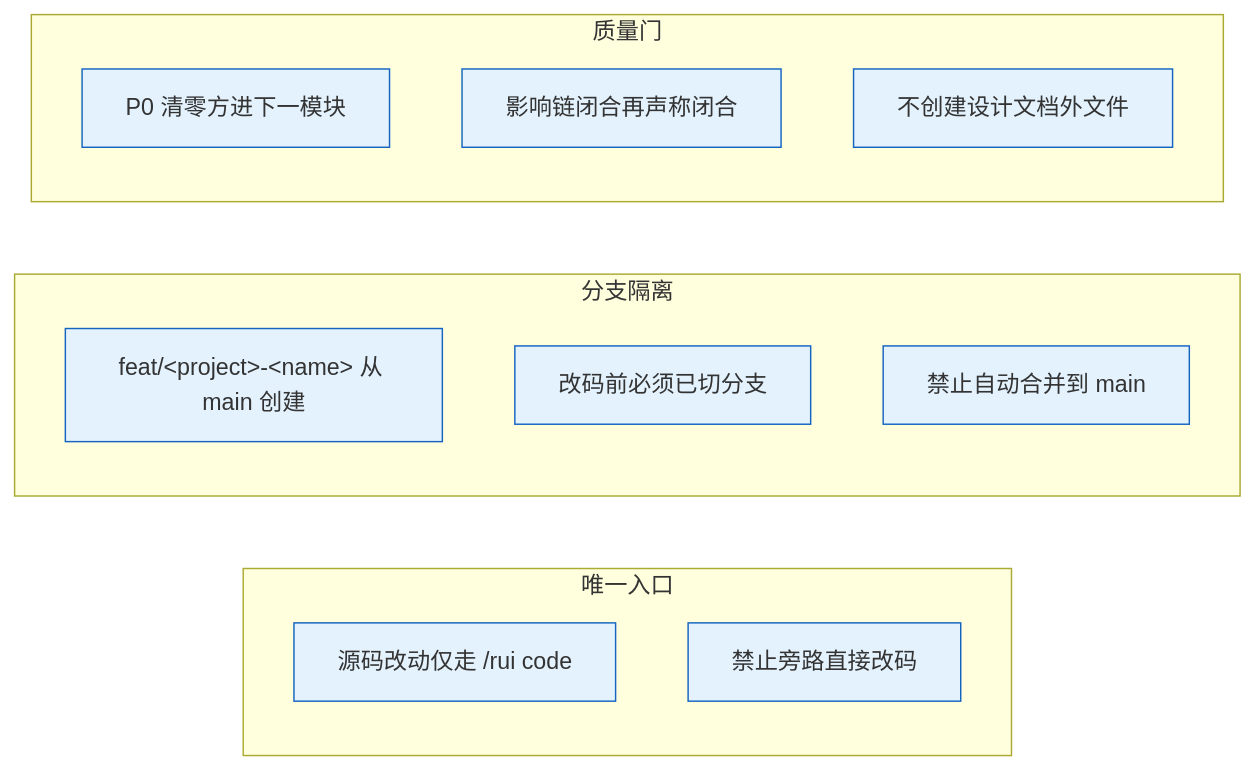
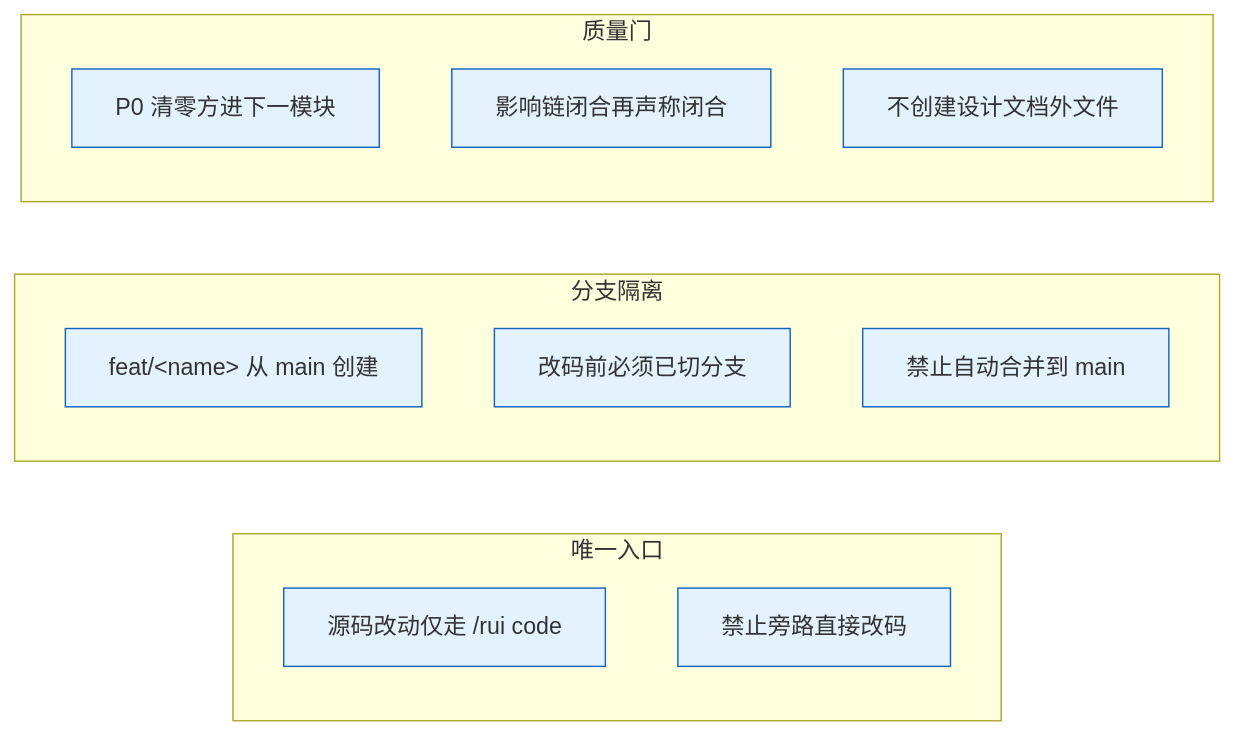
One commit to effiy/YrY changed the second of 4 diagrams in agents/coder.md. Above: the diagram before and after it, drawn with Mermaid. The commit also changed other lines of this file and 22 other files, not shown here.

````diff
--- a/agents/coder.md
+++ b/agents/coder.md
@@ -38,19 +38,19 @@
 ```mermaid
 flowchart LR
     subgraph 入口["唯一入口"]
         R1["源码改动仅走 /rui code"]:::rule
         R2["禁止旁路直接改码"]:::rule
     end
     subgraph 分支["分支隔离"]
-        R3["feat/&lt;project&gt;-&lt;name&gt; 从 main 创建"]:::rule
+        R3["feat/&lt;name&gt; 从 main 创建"]:::rule
         R4["改码前必须已切分支"]:::rule
         R5["禁止自动合并到 main"]:::rule
     end
     subgraph 质量["质量门"]
         R6["P0 清零方进下一模块"]:::rule
         R7["影响链闭合再声称闭合"]:::rule
         R8["不创建设计文档外文件"]:::rule
     end
 
     classDef rule fill:#e3f2fd,stroke:#1565c0;
 ```
````
